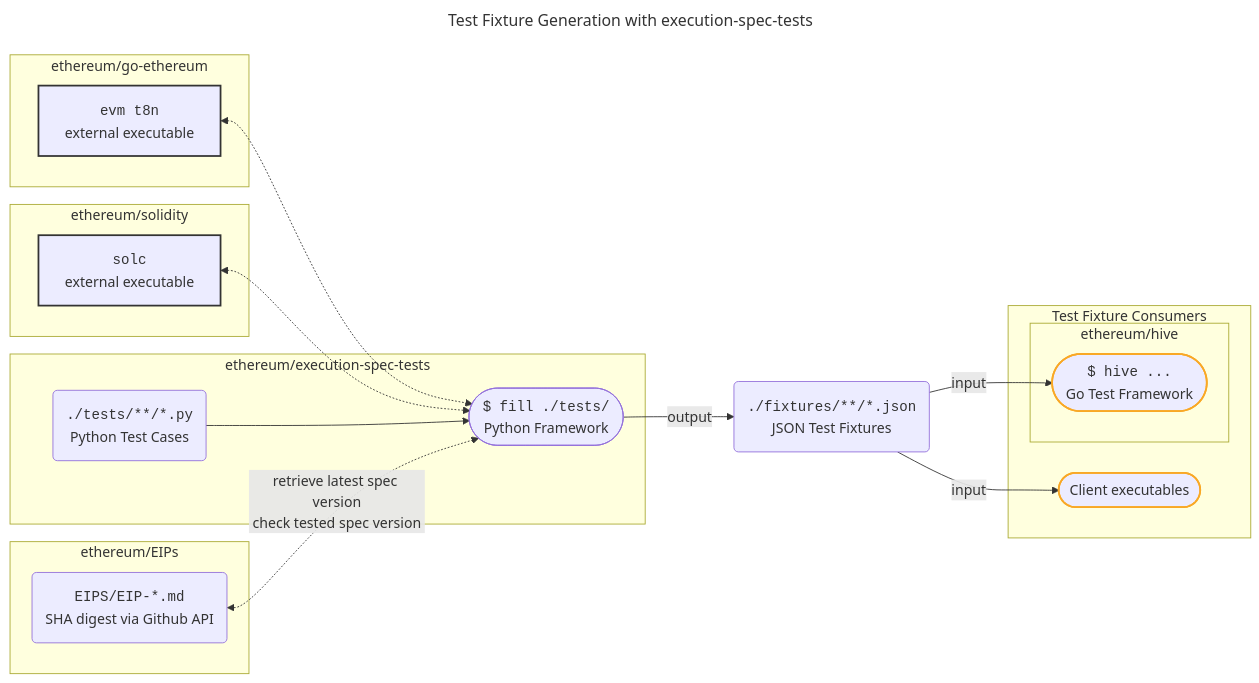
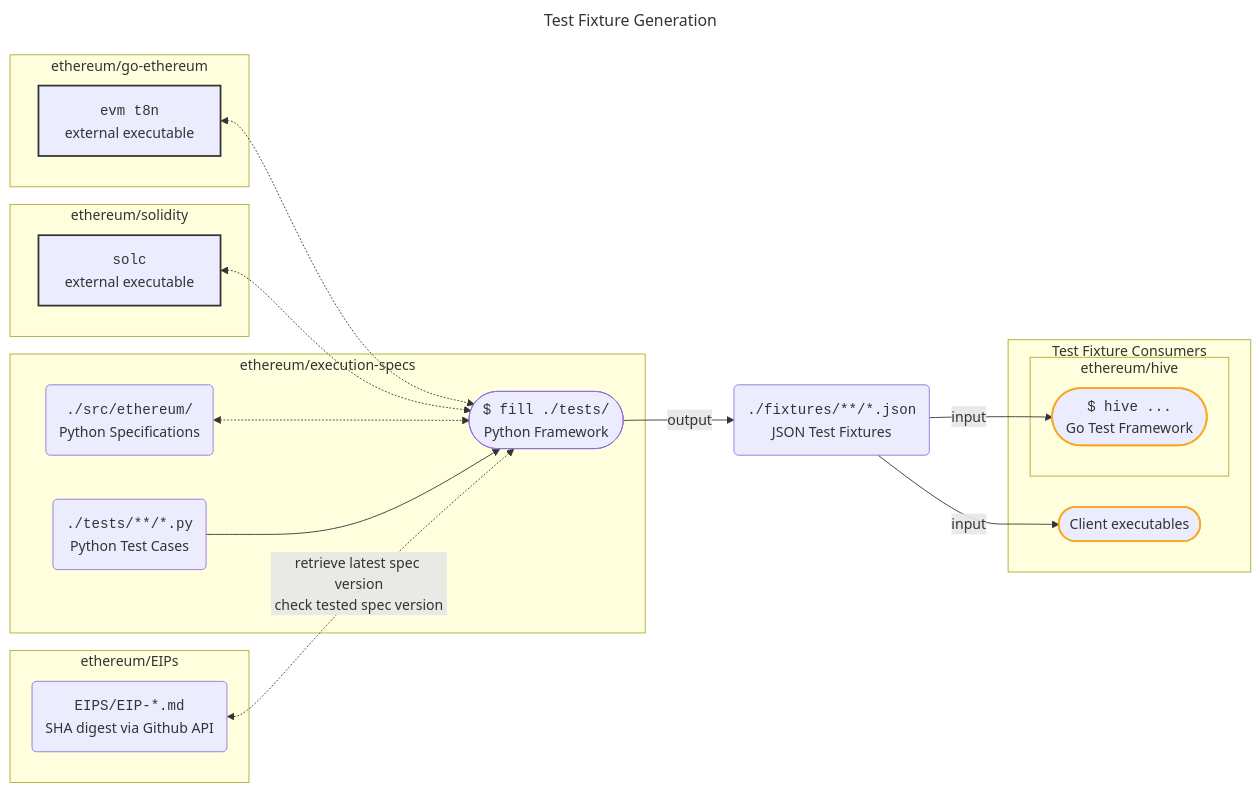
The diagram in docs/index.md (ethereum/execution-specs), drawn with Mermaid before and after one commit. The commit also changed other lines of this file, not shown here.

````diff
--- a/docs/index.md
+++ b/docs/index.md
@@ -11,42 +17,44 @@
 ```mermaid
 ---
-title: Test Fixture Generation with execution-spec-tests
+title: Test Fixture Generation
 ---
 flowchart LR
   style C stroke:#333,stroke-width:2px
   style D stroke:#333,stroke-width:2px
   style G stroke:#F9A825,stroke-width:2px
   style H stroke:#F9A825,stroke-width:2px
-  
+
   subgraph ethereum/go-ethereum
     C[<code>evm t8n</code><br/>external executable]
   end
 
   subgraph ethereum/solidity
     D[<code>solc</code><br/>external executable]
   end
 
   subgraph ethereum/EIPs
     E(<code>EIPS/EIP-*.md</code><br/>SHA digest via Github API)
   end
 
-  subgraph "ethereum/execution-spec-tests"
+  subgraph "ethereum/execution-specs"
     A(<code>./tests/**/*.py</code><br/>Python Test Cases)
     B([<code>$ fill ./tests/</code><br/>Python Framework])
+    S(<code>./src/ethereum/</code><br/>Python Specifications)
   end
 
   subgraph Test Fixture Consumers
     subgraph ethereum/hive
       G([<code>$ hive ...</code><br/>Go Test Framework])
     end
     H([Client executables])
   end
 
-  C <-.-> B  
+  C <-.-> B
   D <-.-> B
+  S <-.-> B
   A --> B
   E <-.-> |retrieve latest spec version\ncheck tested spec version| B
   B -->|output| F(<code>./fixtures/**/*.json</code>\nJSON Test Fixtures)
   F -->|input| G
   F -->|input| H
 ```
````
